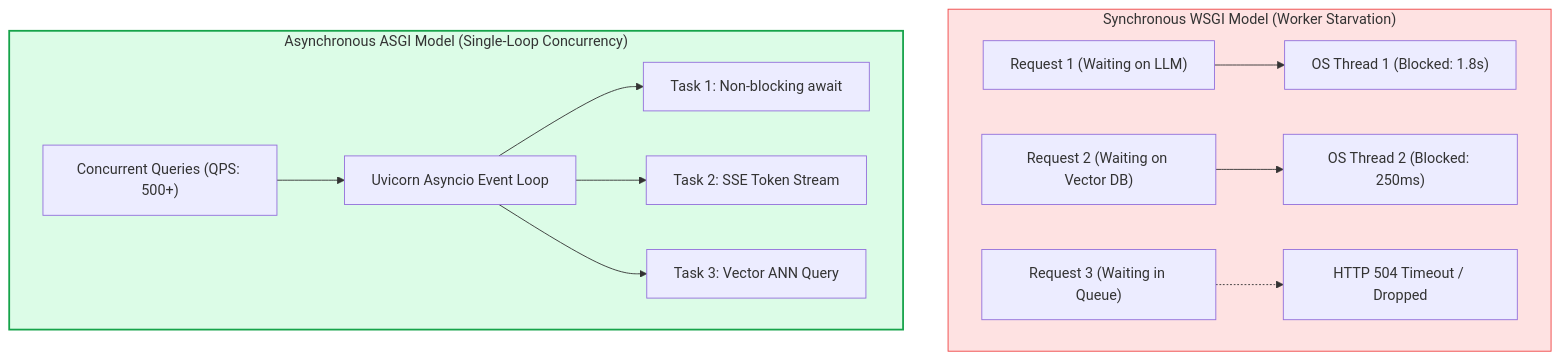
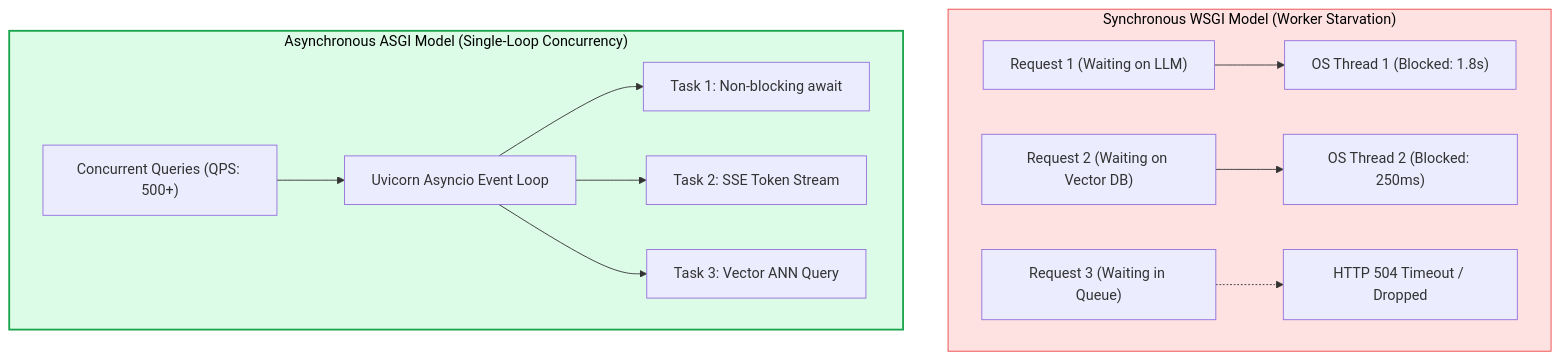
The first of 3 diagrams in 09-RAG-Deployment-and-Production/FastAPI-RAG.md (swapnil3104/RAG-Engineering), drawn with Mermaid before and after one commit. The commit also changed other lines of this file and 108 other files, not shown here.

Commit message:
fix: make chart text visible across all Mermaid diagrams and resolve markdown table formatting issues

````diff
--- a/09-RAG-Deployment-and-Production/FastAPI-RAG.md
+++ b/09-RAG-Deployment-and-Production/FastAPI-RAG.md
@@ -30,20 +30,20 @@
 ```mermaid
 flowchart TD
     subgraph SynchronousWSGI ["Synchronous WSGI Model (Worker Starvation)"]
         direction LR
         Req1["Request 1 (Waiting on LLM)"] --> Thread1["OS Thread 1 (Blocked: 1.8s)"]
         Req2["Request 2 (Waiting on Vector DB)"] --> Thread2["OS Thread 2 (Blocked: 250ms)"]
         Req3["Request 3 (Waiting in Queue)"] -.-> Reject["HTTP 504 Timeout / Dropped"]
     end
 
     subgraph AsyncASGI ["Asynchronous ASGI Model (Single-Loop Concurrency)"]
         direction LR
         Inbound["Concurrent Queries (QPS: 500+)"] --> Loop["Uvicorn Asyncio Event Loop"]
         Loop --> Task1["Task 1: Non-blocking await"]
         Loop --> Task2["Task 2: SSE Token Stream"]
         Loop --> Task3["Task 3: Vector ANN Query"]
     end
 
-    style SynchronousWSGI fill:#fee2e2,stroke:#ef4444
-    style AsyncASGI fill:#dcfce7,stroke:#16a34a,stroke-width:2px
+    style SynchronousWSGI fill:#fee2e2,stroke:#ef4444,color:#000000
+    style AsyncASGI fill:#dcfce7,stroke:#16a34a,stroke-width:2px,color:#000000
 ```
````
